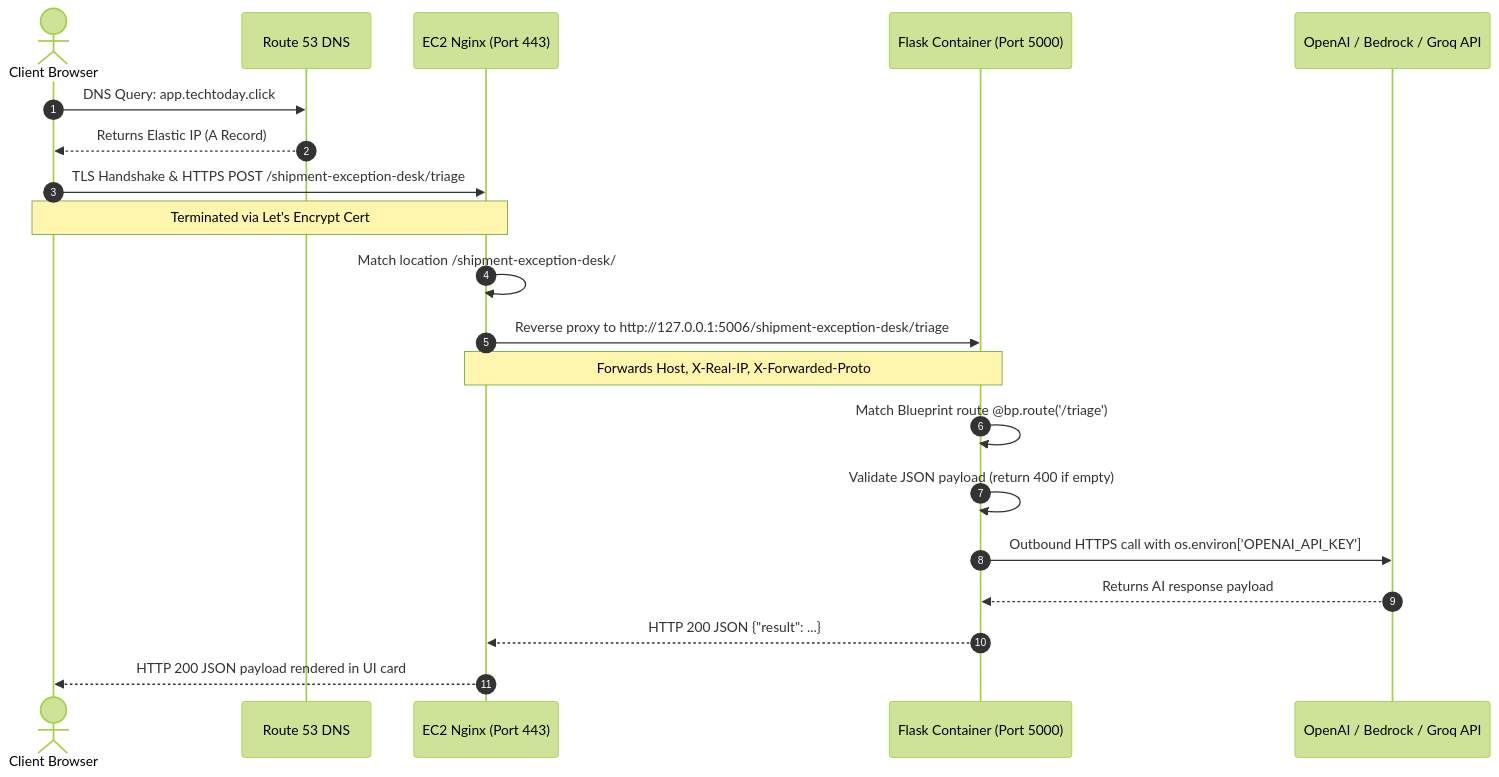
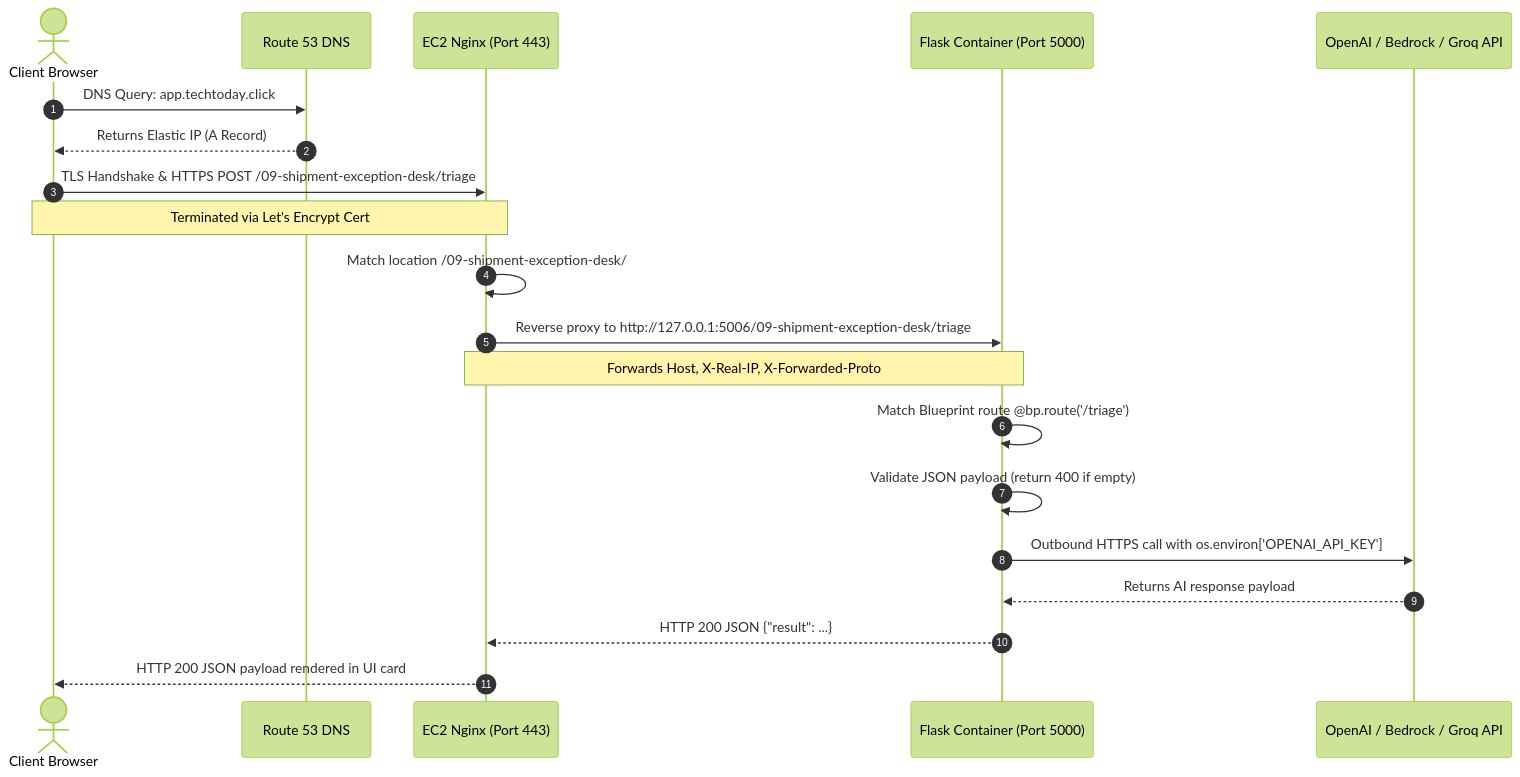
One commit to pankajspace/ai changed the sixth of 7 diagrams in projects/ARCHITECTURE.md. Above: the diagram before and after it, drawn with Mermaid (forest theme). The commit also changed other lines of this file and 8 other files, not shown here.

Commit message:
Update project paths and references for InterviewIQ and Shipment Exception Desk

````diff
--- a/projects/ARCHITECTURE.md
+++ b/projects/ARCHITECTURE.md
@@ -896,25 +896,25 @@
 ```mermaid
 sequenceDiagram
     autonumber
     actor User as Client Browser
     participant R53 as Route 53 DNS
     participant Nginx as EC2 Nginx (Port 443)
     participant Flask as Flask Container (Port 5000)
     participant AI as OpenAI / Bedrock / Groq API
 
     User->>R53: DNS Query: app.techtoday.click
     R53-->>User: Returns Elastic IP (A Record)
-    User->>Nginx: TLS Handshake & HTTPS POST /shipment-exception-desk/triage
+    User->>Nginx: TLS Handshake & HTTPS POST /09-shipment-exception-desk/triage
     Note over User,Nginx: Terminated via Let's Encrypt Cert
 
-    Nginx->>Nginx: Match location /shipment-exception-desk/
-    Nginx->>Flask: Reverse proxy to http://127.0.0.1:5006/shipment-exception-desk/triage
+    Nginx->>Nginx: Match location /09-shipment-exception-desk/
+    Nginx->>Flask: Reverse proxy to http://127.0.0.1:5006/09-shipment-exception-desk/triage
     Note over Nginx,Flask: Forwards Host, X-Real-IP, X-Forwarded-Proto
 
     Flask->>Flask: Match Blueprint route @bp.route('/triage')
     Flask->>Flask: Validate JSON payload (return 400 if empty)
     Flask->>AI: Outbound HTTPS call with os.environ['OPENAI_API_KEY']
     AI-->>Flask: Returns AI response payload
     Flask-->>Nginx: HTTP 200 JSON {"result": ...}
     Nginx-->>User: HTTP 200 JSON payload rendered in UI card
 ```
````
